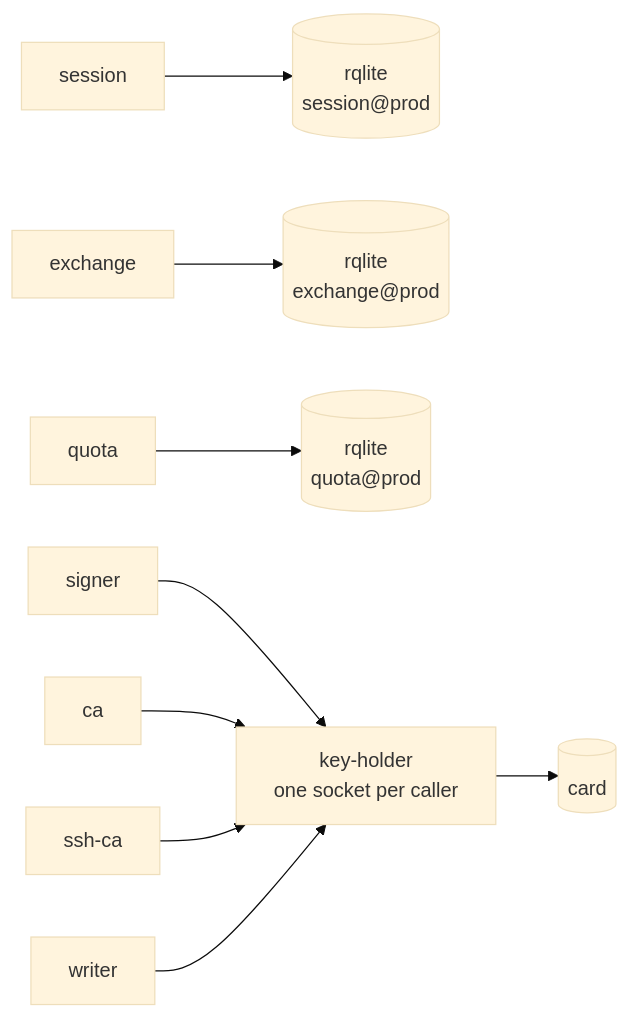
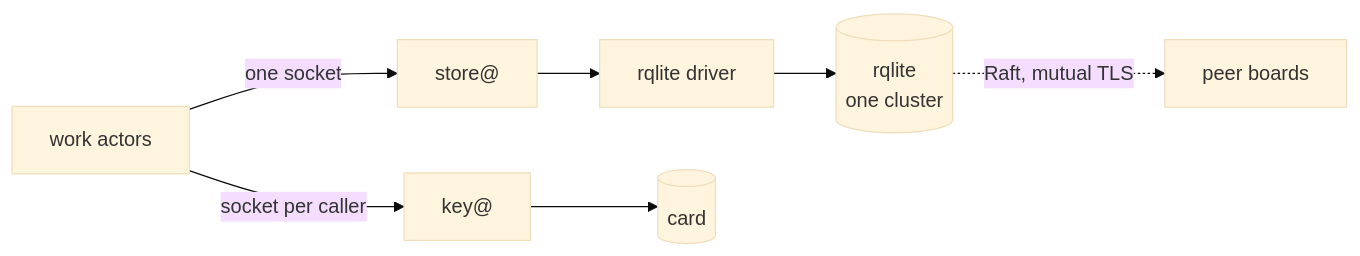
The eighth of 9 diagrams in docs/architecture/components.md (truvity/access-roster), drawn with Mermaid (base theme) before and after one commit. The commit also changed other lines of this file and 11 other files, not shown here.

First line of the commit message:
docs: the architecture pages and the explorers (wave 2)

````diff
--- a/docs/architecture/components.md
+++ b/docs/architecture/components.md
@@ -313,11 +337,9 @@
 ```mermaid
 flowchart LR
-  sess["session"] --> db1[("rqlite<br/>session@prod")]
-  xchg["exchange"] --> db2[("rqlite<br/>exchange@prod")]
-  quota["quota"] --> db3[("rqlite<br/>quota@prod")]
-  signer["signer"] --> kh["key-holder<br/>one socket per caller"]
-  ca["ca"] --> kh
-  sshca["ssh-ca"] --> kh
-  aw["writer"] --> kh
-  kh --> dev[("card")]
+  work["work actors"] -->|"one socket"| store["store@"]
+  store --> drv["rqlite driver"]
+  drv --> db[("rqlite<br/>one cluster")]
+  db -. "Raft, mutual TLS" .-> peers["peer boards"]
+  work -->|"socket per caller"| key["key@"]
+  key --> card[("card")]
 ```
````
